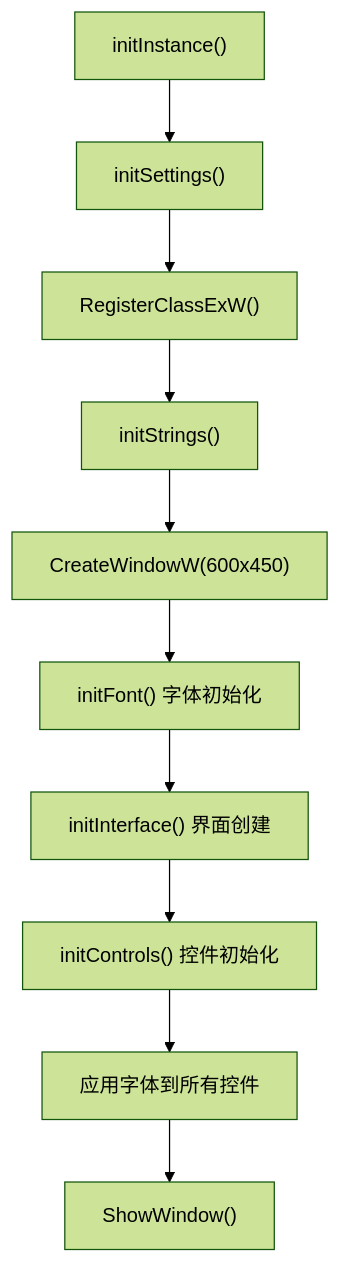
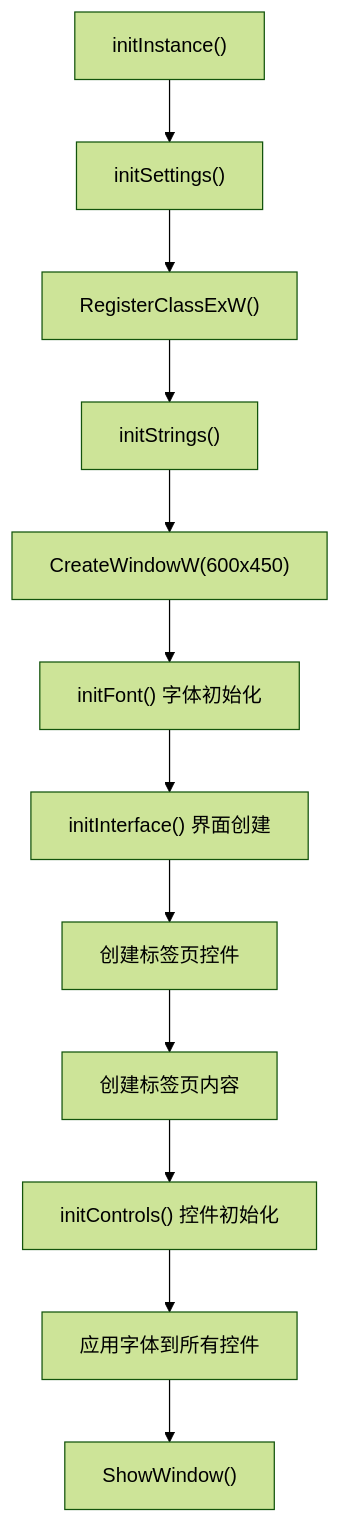
One commit to tea4go/SoundRemote-WinServer changed the fifth of 12 diagrams in .qoder/repowiki/zh/content/用户界面.md. Above: the diagram before and after it, drawn with Mermaid (forest theme). The commit also changed other lines of this file and 10 other files, not shown here.

````diff
--- a/.qoder/repowiki/zh/content/用户界面.md
+++ b/.qoder/repowiki/zh/content/用户界面.md
@@ -196,12 +264,14 @@
 ```mermaid
 flowchart TD
 InitInstance["initInstance()"] --> InitSettings["initSettings()"]
 InitSettings --> RegisterClass["RegisterClassExW()"]
 RegisterClass --> InitStrings["initStrings()"]
 InitStrings --> CreateWindow["CreateWindowW(600x450)"]
 CreateWindow --> InitFont["initFont() 字体初始化"]
 InitFont --> InitInterface["initInterface() 界面创建"]
-InitInterface --> InitControls["initControls() 控件初始化"]
+InitInterface --> CreateTabControl["创建标签页控件"]
+CreateTabControl --> CreateTabContents["创建标签页内容"]
+CreateTabContents --> InitControls["initControls() 控件初始化"]
 InitControls --> ApplyFonts["应用字体到所有控件"]
 ApplyFonts --> ShowWindow["ShowWindow()"]
 ```
````
